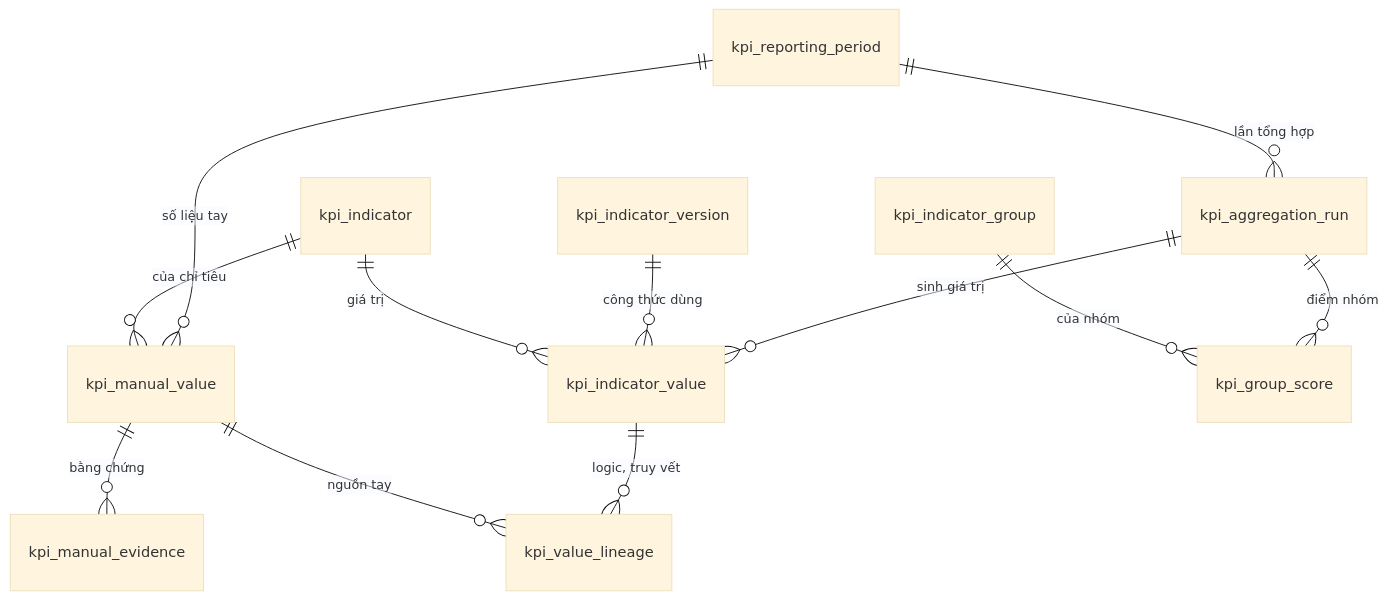
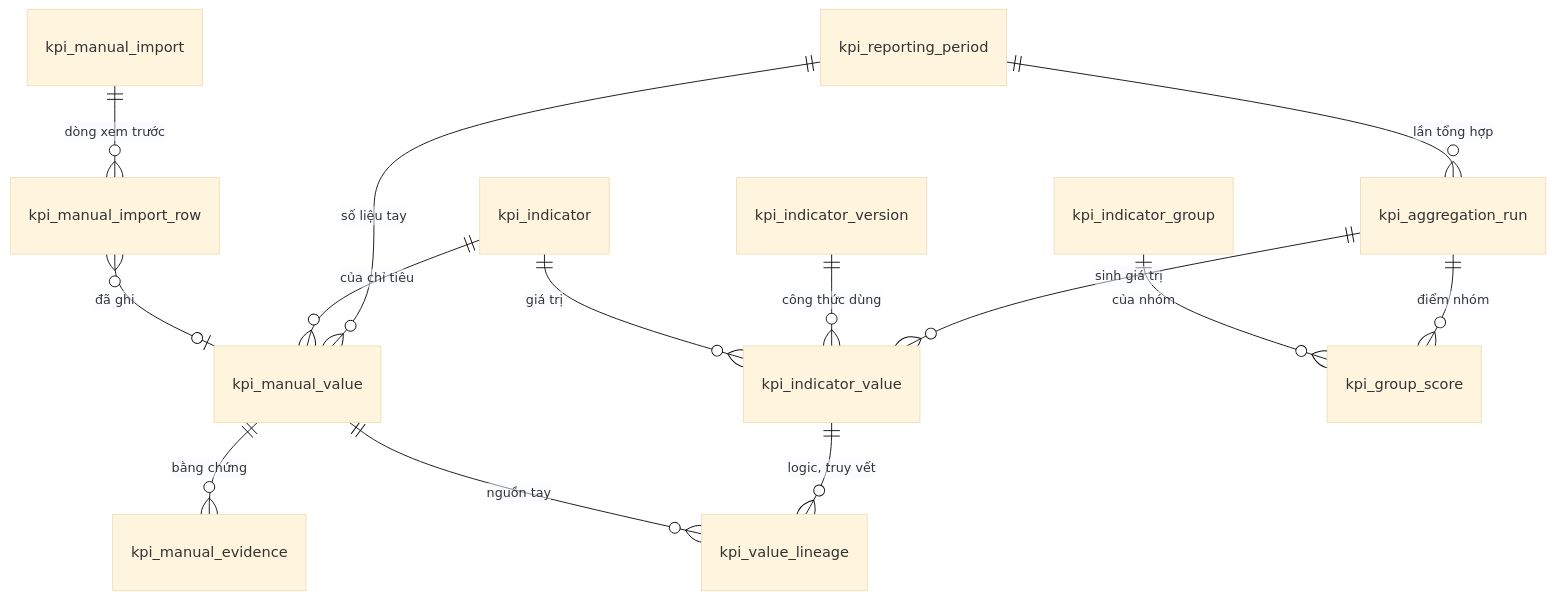
Before and after one commit to caprocute/DATAHUB: the second of 4 diagrams in datahub-docs/03-thiet-ke/csdl/D03-03-PH16-csdl-bao-cao-chi-tieu.md, drawn with Mermaid (base theme). The commit also changed other lines of this file and 25 other files, not shown here.

````diff
--- a/datahub-docs/03-thiet-ke/csdl/D03-03-PH16-csdl-bao-cao-chi-tieu.md
+++ b/datahub-docs/03-thiet-ke/csdl/D03-03-PH16-csdl-bao-cao-chi-tieu.md
@@ -237,14 +245,16 @@
 ```{.mermaid caption="ERD nhóm kỳ, số liệu tay, tổng hợp và giá trị"}
 erDiagram
   kpi_reporting_period ||--o{ kpi_aggregation_run : "lần tổng hợp"
   kpi_reporting_period ||--o{ kpi_manual_value : "số liệu tay"
   kpi_indicator ||--o{ kpi_manual_value : "của chỉ tiêu"
   kpi_manual_value ||--o{ kpi_manual_evidence : "bằng chứng"
+  kpi_manual_import ||--o{ kpi_manual_import_row : "dòng xem trước"
+  kpi_manual_import_row }o--o| kpi_manual_value : "đã ghi"
   kpi_aggregation_run ||--o{ kpi_indicator_value : "sinh giá trị"
   kpi_indicator_version ||--o{ kpi_indicator_value : "công thức dùng"
   kpi_indicator ||--o{ kpi_indicator_value : "giá trị"
   kpi_indicator_value ||--o{ kpi_value_lineage : "logic, truy vết"
   kpi_manual_value ||--o{ kpi_value_lineage : "nguồn tay"
   kpi_aggregation_run ||--o{ kpi_group_score : "điểm nhóm"
   kpi_indicator_group ||--o{ kpi_group_score : "của nhóm"
 ```
````
